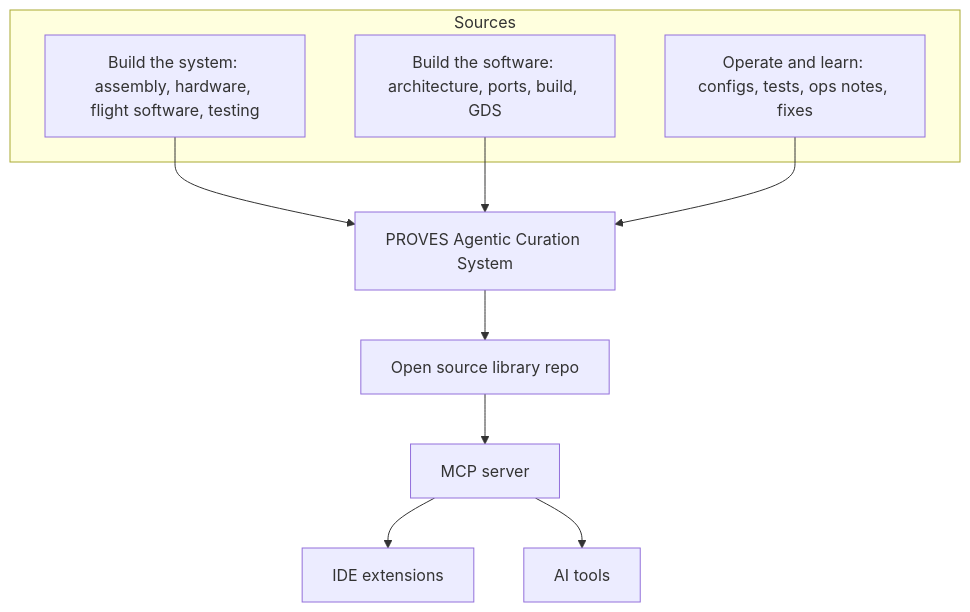
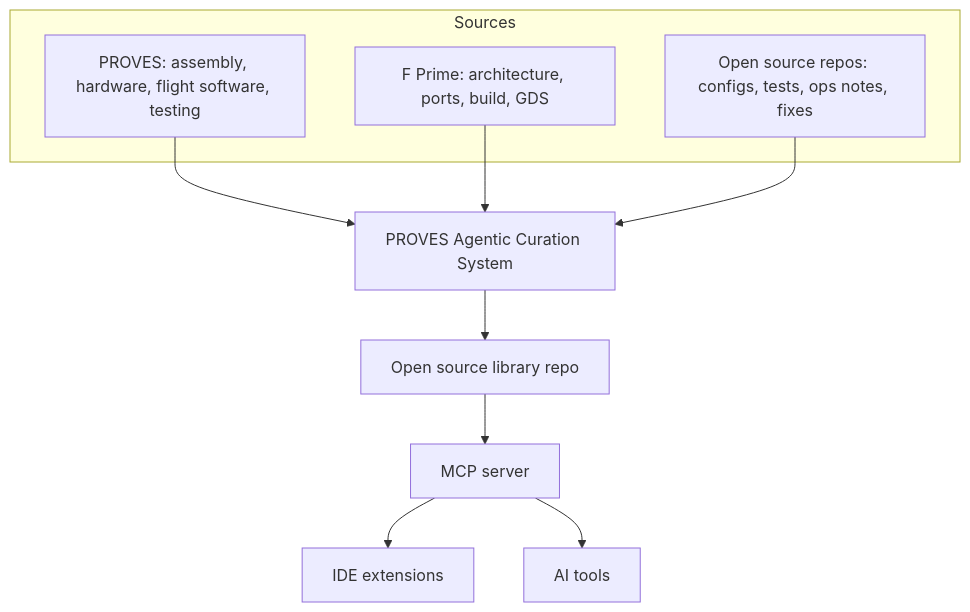
One commit to Lizo-RoadTown/proveskit-agent changed the diagram in index.md. Above: the diagram before and after it, drawn with Mermaid. The commit also changed other lines of this file and 5 other files, not shown here.

````diff
--- a/index.md
+++ b/index.md
@@ -32,15 +45,15 @@
 ```mermaid
 graph TB
   subgraph Sources
-    ProvesDocs[Build the system: assembly, hardware, flight software, testing]
-    FPrimeDocs[Build the software: architecture, ports, build, GDS]
-    OSSRepos[Operate and learn: configs, tests, ops notes, fixes]
+    ProvesDocs[PROVES: assembly, hardware, flight software, testing]
+    FPrimeDocs[F Prime: architecture, ports, build, GDS]
+    OSSRepos[Open source repos: configs, tests, ops notes, fixes]
   end
   ProvesDocs --> Curator[PROVES Agentic Curation System]
   FPrimeDocs --> Curator
   OSSRepos --> Curator
   Curator --> Library[Open source library repo]
   Library --> MCP[MCP server]
   MCP --> IDE[IDE extensions]
   MCP --> AI[AI tools]
 ```
````
